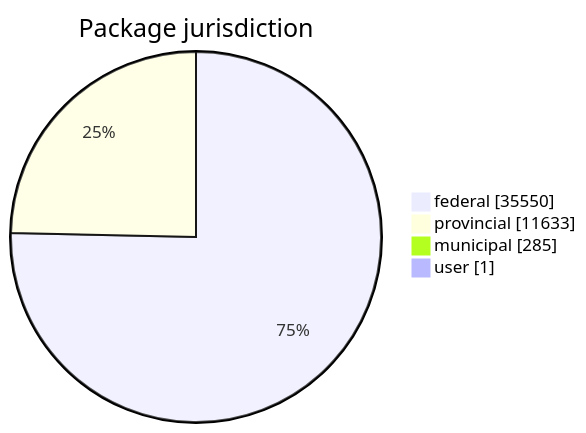
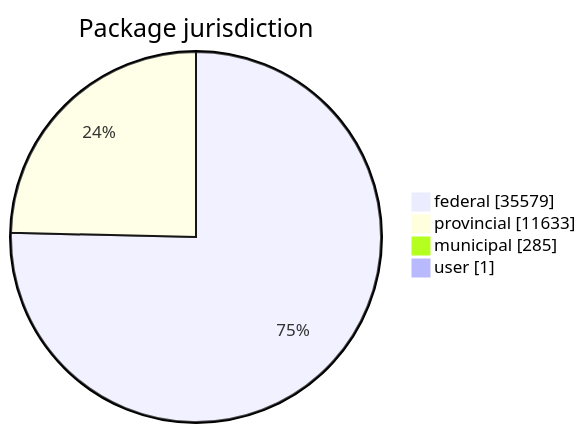
Before and after one commit to open-data/analytics-corporate-reporting: the first of 5 diagrams in FreshCheck/README.md, drawn with Mermaid. The commit also changed other lines of this file and 3 other files, not shown here.

````diff
--- a/FreshCheck/README.md
+++ b/FreshCheck/README.md
@@ -60,7 +60,7 @@
 ```mermaid
 pie showData title Package jurisdiction
-    "federal": 35550
+    "federal": 35579
     "provincial": 11633
     "municipal": 285
     "user": 1
 ```
````
